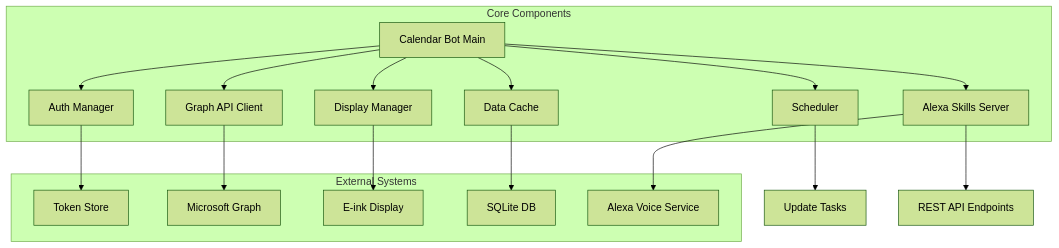
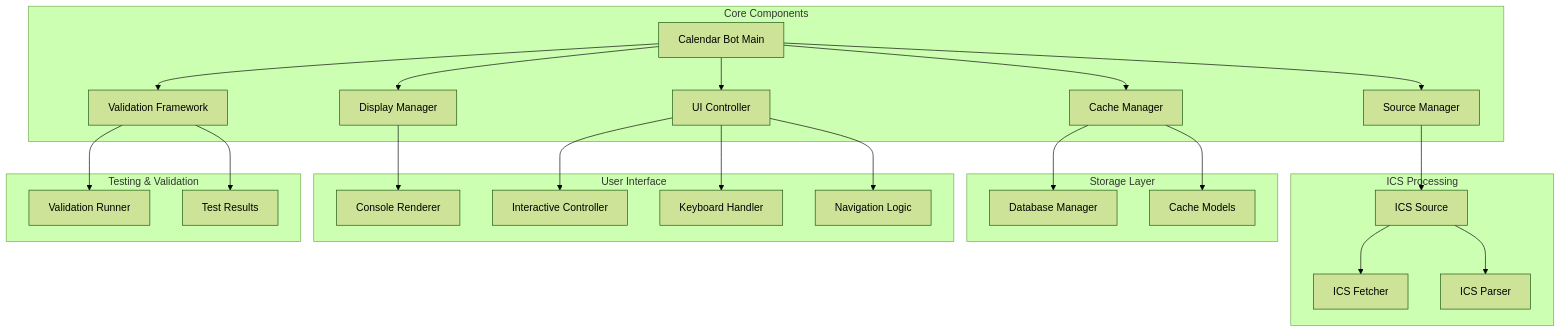
Before and after one commit to bencan1a/calendarBot: the first of 2 diagrams in ARCHITECTURE.md, drawn with Mermaid (forest theme). The commit also changed other lines of this file and 7 other files, not shown here.

First line of the commit message:
feat: Major overhaul to migrate from Microsoft Graph API to ICS Calendar system

````diff
--- a/ARCHITECTURE.md
+++ b/ARCHITECTURE.md
@@ -115,35 +105,56 @@
 ```mermaid
 graph TB
-    A[Calendar Bot Main] --> B[Auth Manager]
-    A --> C[Graph API Client]
+    A[Calendar Bot Main] --> B[Source Manager]
+    A --> C[Cache Manager]
     A --> D[Display Manager]
-    A --> E[Data Cache]
-    A --> F[Scheduler]
-    A --> G[Alexa Skills Server]
+    A --> E[UI Controller]
+    A --> F[Validation Framework]
     
-    B --> H[Token Store]
-    C --> I[Microsoft Graph]
-    D --> J[E-ink Display]
-    E --> K[SQLite DB]
-    F --> L[Update Tasks]
-    G --> M[REST API Endpoints]
-    G --> N[Alexa Voice Service]
+    B --> G[ICS Source]
+    G --> H[ICS Fetcher]
+    G --> I[ICS Parser]
+    
+    C --> J[Database Manager]
+    C --> K[Cache Models]
+    
+    D --> L[Console Renderer]
+    
+    E --> M[Interactive Controller]
+    E --> N[Keyboard Handler]
+    E --> O[Navigation Logic]
+    
+    F --> P[Validation Runner]
+    F --> Q[Test Results]
     
     subgraph "Core Components"
         A
         B
         C
         D
         E
         F
-        G
     end
     
-    subgraph "External Systems"
+    subgraph "ICS Processing"
+        G
+        H
         I
+    end
+    
+    subgraph "Storage Layer"
         J
         K
-        H
+    end
+    
+    subgraph "User Interface"
+        L
+        M
         N
+        O
+    end
+    
+    subgraph "Testing & Validation"
+        P
+        Q
     end
 ```
````
